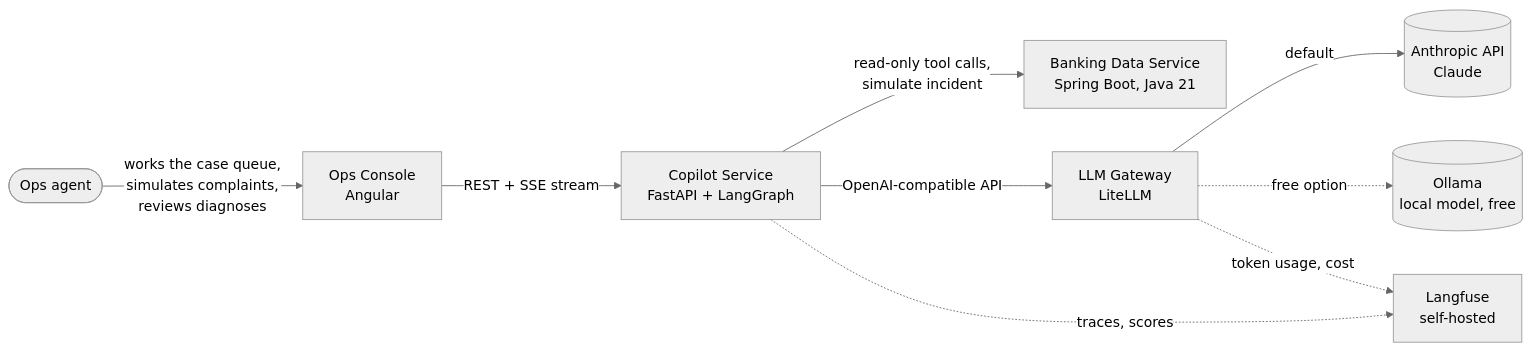
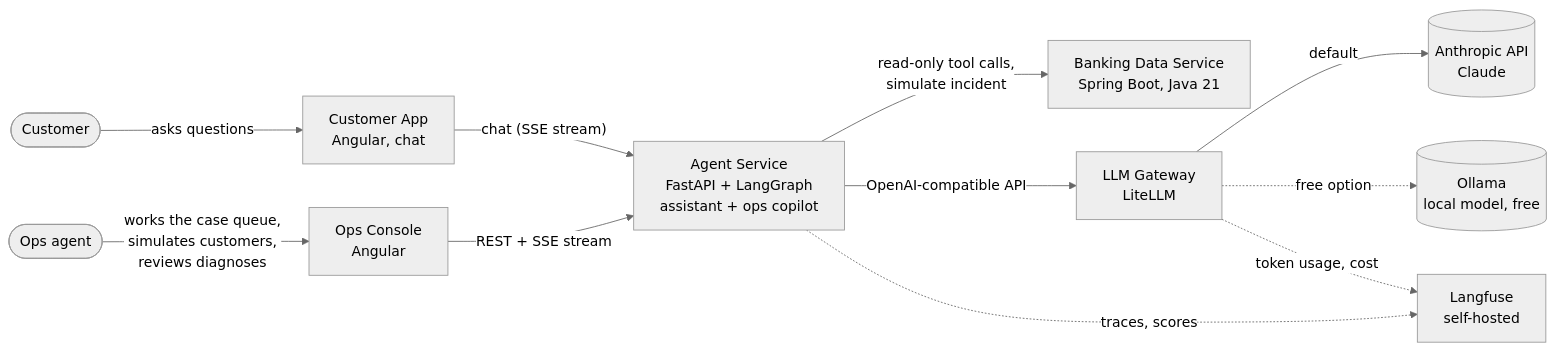
Before and after one commit to babicmilan999/claude-poc: the first of 12 diagrams in docs/architecture.md, drawn with Mermaid (neutral theme). The commit also changed other lines of this file, not shown here.

First line of the commit message:
Add in-app customer assistant to architecture design

````diff
--- a/docs/architecture.md
+++ b/docs/architecture.md
@@ -45,20 +54,24 @@
 ```mermaid
 flowchart LR
+    customer(["Customer"])
     ops(["Ops agent"])
+    capp["Customer App<br/>Angular, chat"]
     console["Ops Console<br/>Angular"]
-    copilot["Copilot Service<br/>FastAPI + LangGraph"]
+    agents["Agent Service<br/>FastAPI + LangGraph<br/>assistant + ops copilot"]
     banking["Banking Data Service<br/>Spring Boot, Java 21"]
     litellm["LLM Gateway<br/>LiteLLM"]
     anthropic[("Anthropic API<br/>Claude")]
     ollama[("Ollama<br/>local model, free")]
     langfuse["Langfuse<br/>self-hosted"]
 
-    ops -->|"works the case queue,<br/>simulates complaints,<br/>reviews diagnoses"| console
-    console -->|"REST + SSE stream"| copilot
-    copilot -->|"read-only tool calls,<br/>simulate incident"| banking
-    copilot -->|"OpenAI-compatible API"| litellm
+    customer -->|"asks questions"| capp
+    ops -->|"works the case queue,<br/>simulates customers,<br/>reviews diagnoses"| console
+    capp -->|"chat (SSE stream)"| agents
+    console -->|"REST + SSE stream"| agents
+    agents -->|"read-only tool calls,<br/>simulate incident"| banking
+    agents -->|"OpenAI-compatible API"| litellm
     litellm -->|"default"| anthropic
     litellm -.->|"free option"| ollama
-    copilot -.->|"traces, scores"| langfuse
+    agents -.->|"traces, scores"| langfuse
     litellm -.->|"token usage, cost"| langfuse
 ```
````
